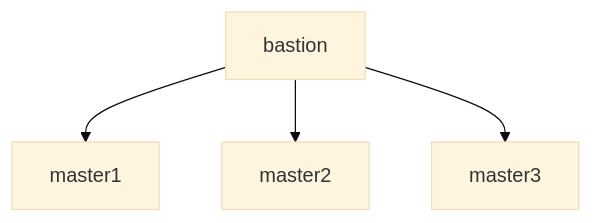
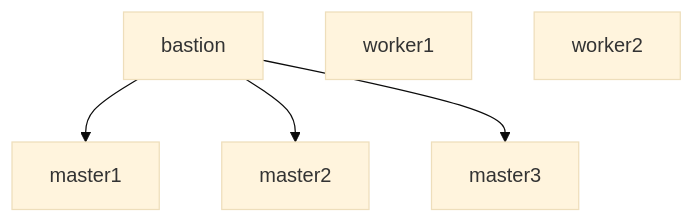
The diagram in README.md (tkops/ocp4), drawn with Mermaid (base theme) before and after one commit.

````diff
--- a/README.md
+++ b/README.md
@@ -3,7 +3,9 @@
 ```mermaid
 graph TD;
     A[bastion]-->B[master1];
     A-->C[master2];
     A-->D[master3];
+    E[worker1];
+    F[worker2];
     
 ```
````
